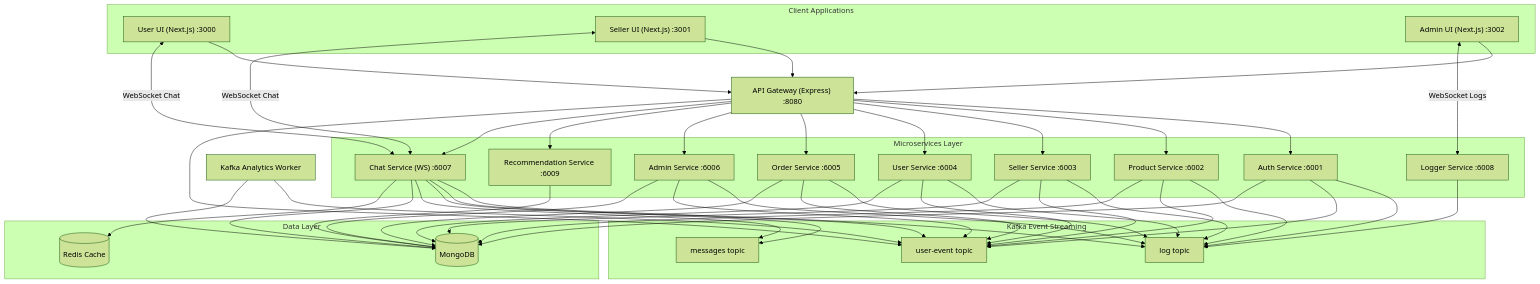
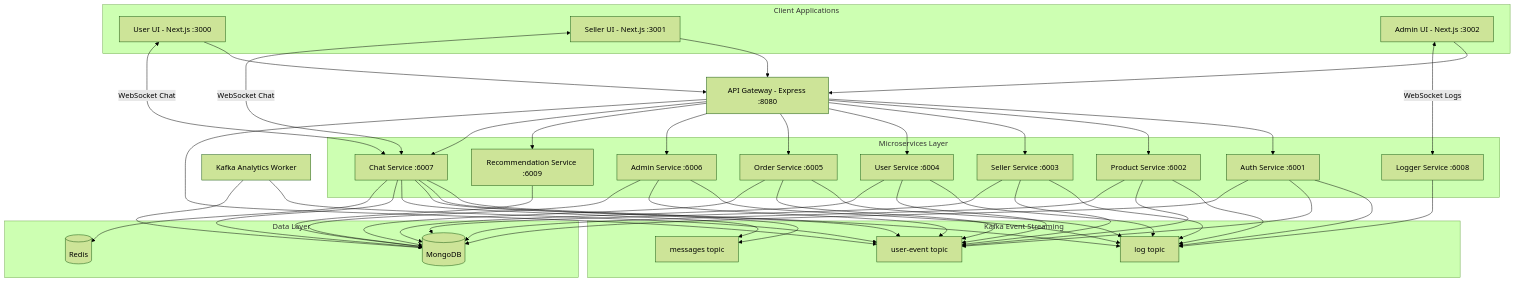
The diagram in README.md (harunaGuru/majehub), drawn with Mermaid (forest theme) before and after one commit.

Commit message:
docs: improve system architecture diagram

```diff
--- a/README.md
+++ b/README.md
@@ -26,38 +26,38 @@
 %% CLIENT LAYER
 %% =========================
 subgraph Clients["Client Applications"]
-    U_UI["User UI (Next.js) :3000"]
-    S_UI["Seller UI (Next.js) :3001"]
-    A_UI["Admin UI (Next.js) :3002"]
+U_UI["User UI - Next.js :3000"]
+S_UI["Seller UI - Next.js :3001"]
+A_UI["Admin UI - Next.js :3002"]
 end
 
 %% =========================
-%% EDGE LAYER
+%% API GATEWAY
 %% =========================
-GW["API Gateway (Express) :8080"]
+GW["API Gateway - Express :8080"]
 
 %% =========================
-%% MICROSERVICES LAYER
+%% MICROSERVICES
 %% =========================
 subgraph Services["Microservices Layer"]
-    Auth_Svc["Auth Service :6001"]
-    Prod_Svc["Product Service :6002"]
-    Sell_Svc["Seller Service :6003"]
-    User_Svc["User Service :6004"]
-    Order_Svc["Order Service :6005"]
-    Admin_Svc["Admin Service :6006"]
-    Chat_Svc["Chat Service (WS) :6007"]
-    Log_Svc["Logger Service :6008"]
-    Rec_Svc["Recommendation Service :6009"]
+Auth_Svc["Auth Service :6001"]
+Prod_Svc["Product Service :6002"]
+Sell_Svc["Seller Service :6003"]
+User_Svc["User Service :6004"]
+Order_Svc["Order Service :6005"]
+Admin_Svc["Admin Service :6006"]
+Chat_Svc["Chat Service :6007"]
+Log_Svc["Logger Service :6008"]
+Rec_Svc["Recommendation Service :6009"]
 end
 
 %% =========================
 %% EVENT STREAMING
 %% =========================
 subgraph Kafka["Kafka Event Streaming"]
-    Topic_Log["log topic"]
-    Topic_Event["user-event topic"]
-    Topic_Chat["messages topic"]
+Topic_Log["log topic"]
+Topic_Event["user-event topic"]
+Topic_Chat["messages topic"]
 end
 
 K_Worker["Kafka Analytics Worker"]
@@ -66,8 +66,8 @@
 %% DATA LAYER
 %% =========================
 subgraph Data["Data Layer"]
-    MongoDB[("MongoDB")]
-    Redis[("Redis Cache")]
+MongoDB[("MongoDB")]
+Redis[("Redis")]
 end
 
 %% =========================
@@ -78,7 +78,7 @@
 A_UI --> GW
 
 %% =========================
-%% GATEWAY ROUTING
+%% GATEWAY ROUTES
 %% =========================
 GW --> Auth_Svc
 GW --> Prod_Svc
@@ -90,14 +90,14 @@
 GW --> Chat_Svc
 
 %% =========================
-%% REAL-TIME COMMUNICATION
+%% REALTIME CONNECTIONS
 %% =========================
 U_UI <-->|WebSocket Chat| Chat_Svc
 S_UI <-->|WebSocket Chat| Chat_Svc
 A_UI <-->|WebSocket Logs| Log_Svc
 
 %% =========================
-%% EVENT STREAMING FLOWS
+%% KAFKA PRODUCERS
 %% =========================
 Auth_Svc --> Topic_Log
 Prod_Svc --> Topic_Log
@@ -128,7 +128,7 @@
 K_Worker --> MongoDB
 
 %% =========================
-%% DATABASE ACCESS
+%% DATABASE CONNECTIONS
 %% =========================
 Auth_Svc --> MongoDB
 Prod_Svc --> MongoDB
```
